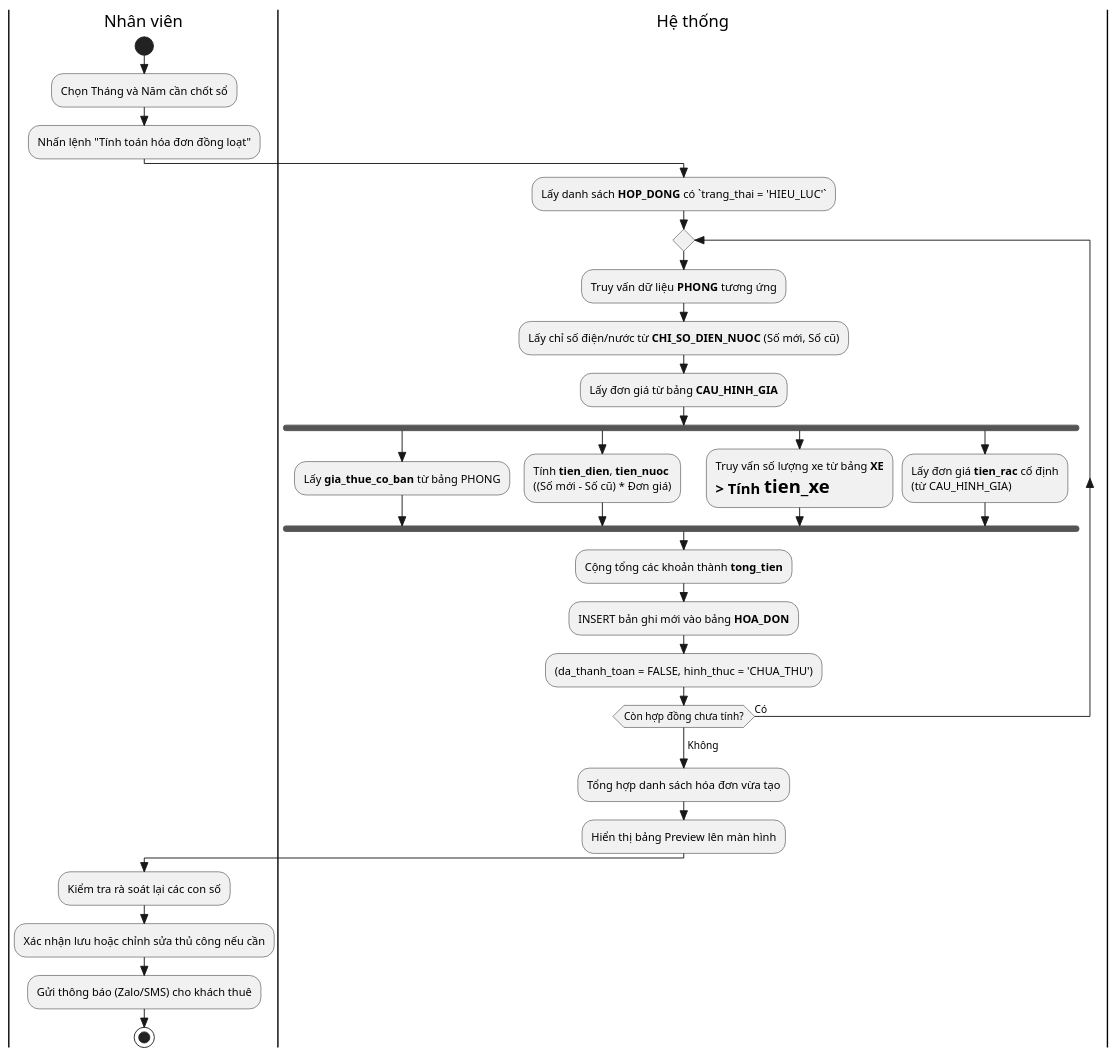
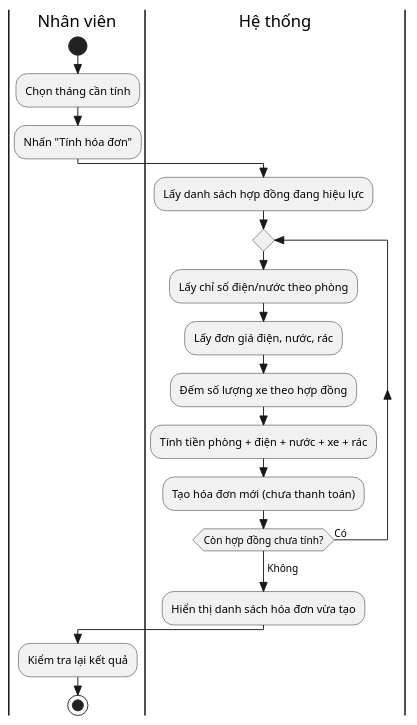
One commit to ongming/Boarding-House-Management-System changed the diagram in src/main/java/com/example/house/uml/activity/activity_bill_calculate.puml. Above: the diagram before and after it, drawn with PlantUML. The commit also changed 50 other files, not shown here.

Commit message:
chỉnh sửa tổng thể

```diff
--- a/src/main/java/com/example/house/uml/activity/activity_bill_calculate.puml
+++ b/src/main/java/com/example/house/uml/activity/activity_bill_calculate.puml
@@ -1,42 +1,26 @@
 @startuml
 skinparam style strictuml
 
 |Nhân viên|
 start
-:Chọn Tháng và Năm cần chốt sổ;
-:Nhấn lệnh "Tính toán hóa đơn đồng loạt";
+:Chọn tháng cần tính;
+:Nhấn "Tính hóa đơn";
 
 |Hệ thống|
-:Lấy danh sách **HOP_DONG** có `trang_thai = 'HIEU_LUC'`;
+:Lấy danh sách hợp đồng đang hiệu lực;
 
 repeat
-  :Truy vấn dữ liệu **PHONG** tương ứng;
-  :Lấy chỉ số điện/nước từ **CHI_SO_DIEN_NUOC** (Số mới, Số cũ);
-  :Lấy đơn giá từ bảng **CAU_HINH_GIA**;
+  :Lấy chỉ số điện/nước theo phòng;
+  :Lấy đơn giá điện, nước, rác;
+  :Đếm số lượng xe theo hợp đồng;
+  :Tính tiền phòng + điện + nước + xe + rác;
+  :Tạo hóa đơn mới (chưa thanh toán);
+repeat while (Còn hợp đồng chưa tính?) is (Có)
 
-  fork
-    :Lấy **gia_thue_co_ban** từ bảng PHONG;
-  fork again
-    :Tính **tien_dien**, **tien_nuoc**\n((Số mới - Số cũ) * Đơn giá);
-  fork again
-    :Truy vấn số lượng xe từ bảng **XE**\n=> Tính **tien_xe**;
-  fork again
-    :Lấy đơn giá **tien_rac** cố định\n(từ CAU_HINH_GIA);
-  end fork
-
-  :Cộng tổng các khoản thành **tong_tien**;
-  :INSERT bản ghi mới vào bảng **HOA_DON**;
-  :(da_thanh_toan = FALSE, hinh_thuc = 'CHUA_THU');
-
-repeat while (Còn hợp đồng chưa tính?) is (Có)
 -> Không;
-
-:Tổng hợp danh sách hóa đơn vừa tạo;
-:Hiển thị bảng Preview lên màn hình;
+:Hiển thị danh sách hóa đơn vừa tạo;
 
 |Nhân viên|
-:Kiểm tra rà soát lại các con số;
-:Xác nhận lưu hoặc chỉnh sửa thủ công nếu cần;
-:Gửi thông báo (Zalo/SMS) cho khách thuê;
+:Kiểm tra lại kết quả;
 stop
 @enduml
```
